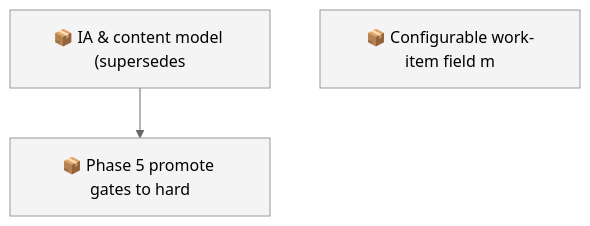
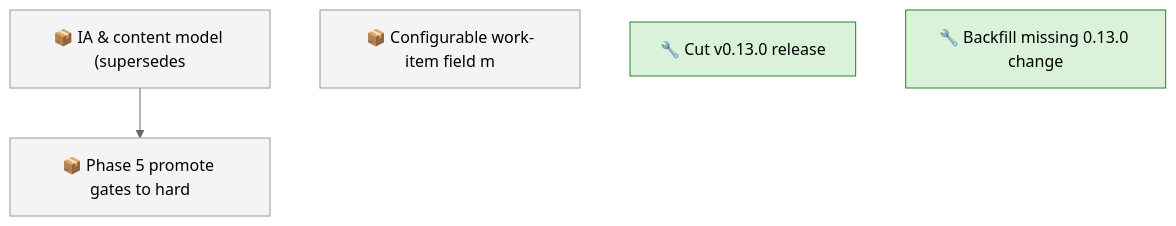
Before and after one commit to SpillwaveSolutions/wiki_ticket_sdd: the first of 2 diagrams in docs/roadmap.md, drawn with Mermaid (neutral theme). The commit also changed other lines of this file and 1 other file, not shown here.

Commit message:
chore(worklog): track v0.13.0 release + changelog backfill items

````diff
--- a/docs/roadmap.md
+++ b/docs/roadmap.md
@@ -49,9 +59,13 @@
 ```mermaid
 graph TD
     01KY5G9ZW0H2YMNWDFJYGRPYE5["📦 IA & content model (supersedes"]
     01KY5G9ZW0RABXWHEMEP1FAV2G["📦 Phase 5 promote gates to hard"]
     01KY5NE0ZYGBWG44N0KPEBFCZ8["📦 Configurable work-item field m"]
+    01KY8KQ8WW4A4RJ07YC4QVE7HB["🔧 Cut v0.13.0 release"]
+    01KY8KQ923Q5DMVDACGK2S4EHD["🔧 Backfill missing 0.13.0 change"]
     01KY5G9ZW0H2YMNWDFJYGRPYE5 --> 01KY5G9ZW0RABXWHEMEP1FAV2G
     classDef todo fill:#f4f4f4,stroke:#999999
     class 01KY5G9ZW0H2YMNWDFJYGRPYE5,01KY5G9ZW0RABXWHEMEP1FAV2G,01KY5NE0ZYGBWG44N0KPEBFCZ8 todo
+    classDef in_progress fill:#d9f2d9,stroke:#2e7d32
+    class 01KY8KQ8WW4A4RJ07YC4QVE7HB,01KY8KQ923Q5DMVDACGK2S4EHD in_progress
 ```
````
